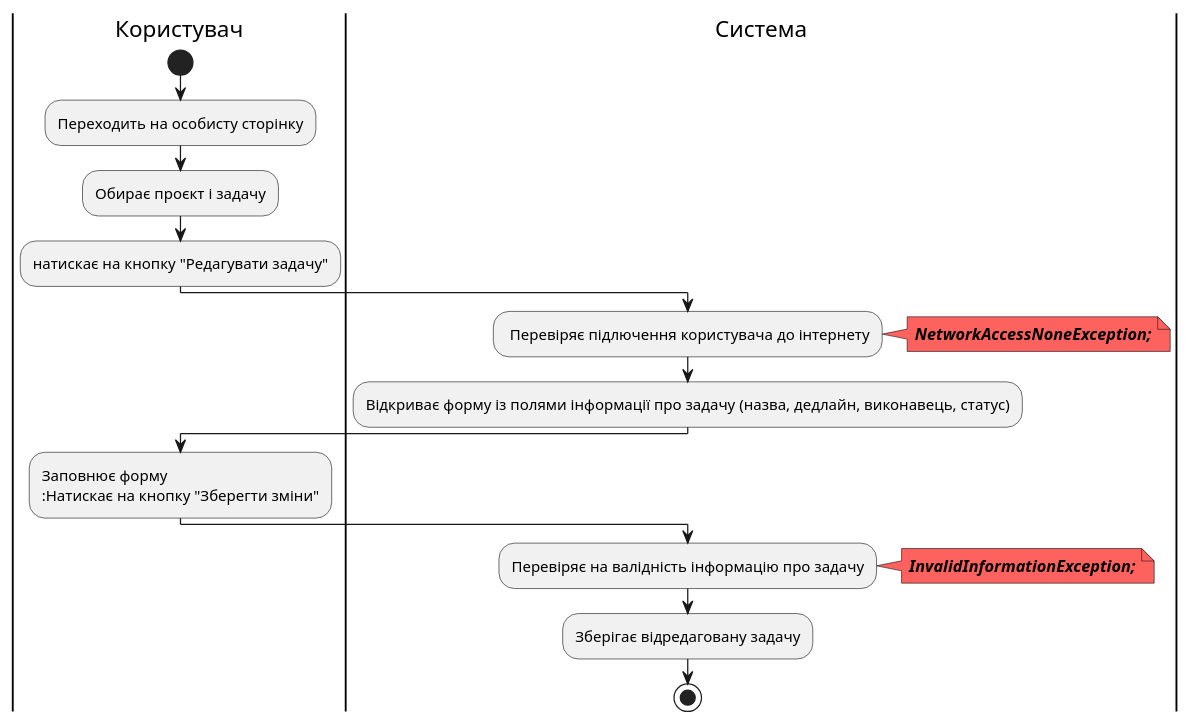
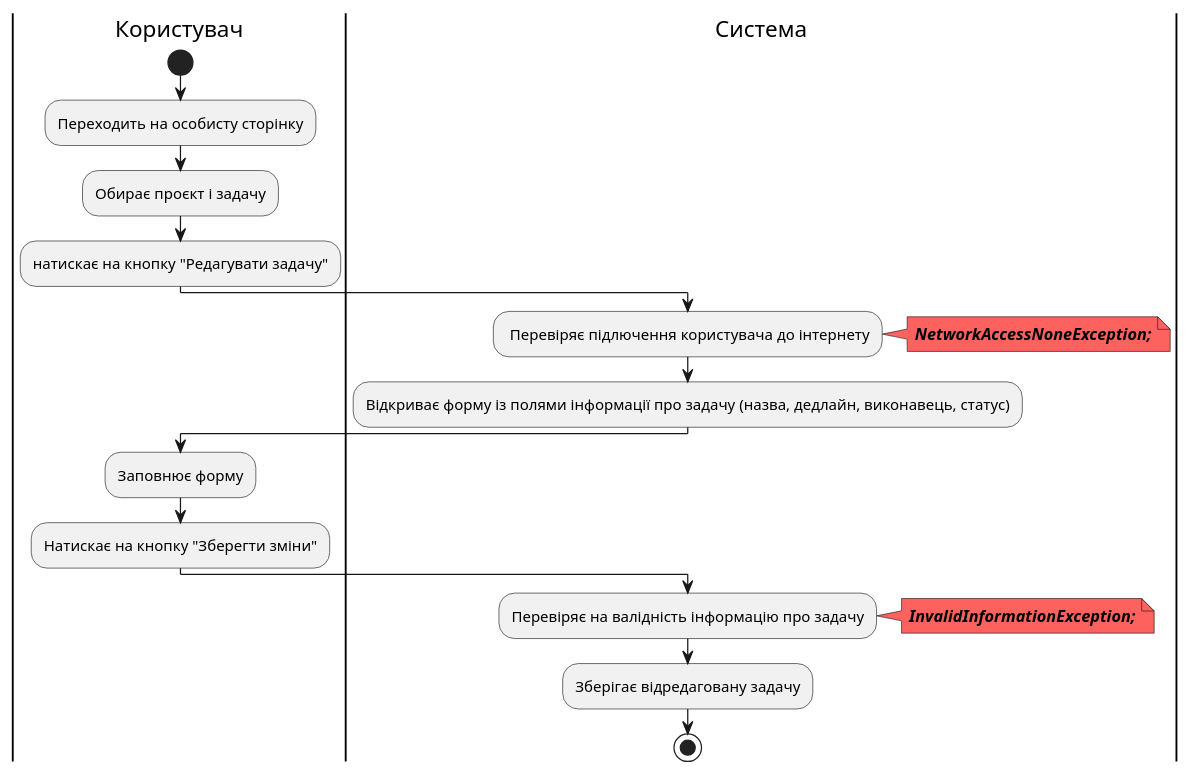
One commit to stbestichhh/db_project-manager changed the ninth of 19 diagrams in docs/use cases/README.md. Above: the diagram before and after it, drawn with PlantUML. The commit also changed other lines of this file, not shown here.

```diff
--- a/docs/use cases/README.md
+++ b/docs/use cases/README.md
@@ -328,28 +328,28 @@
 @startuml
 
 |Користувач|
 start;
 :Переходить на особисту сторінку;
 :Обирає проєкт і задачу;
 :натискає на кнопку "Редагувати задачу";
 
 |Система|
 : Перевіряє підлючення користувача до інтернету;
 note right #fd625e
 <b><i>NetworkAccessNoneException;
 end note
 :Відкриває форму із полями інформації про задачу (назва, дедлайн, виконавець, статус);
 
 |Користувач|
-:Заповнює форму
+:Заповнює форму;
 :Натискає на кнопку "Зберегти зміни";
 
 |Система|
 :Перевіряє на валідність інформацію про задачу;
 note right #fd625e
 <b><i>InvalidInformationException;
 end note
 :Зберігає відредаговану задачу;
 
 stop;
 @enduml
```
